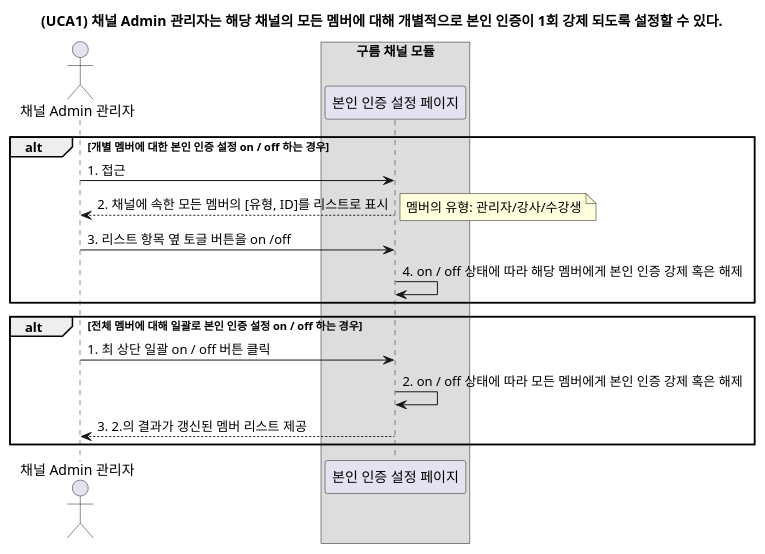
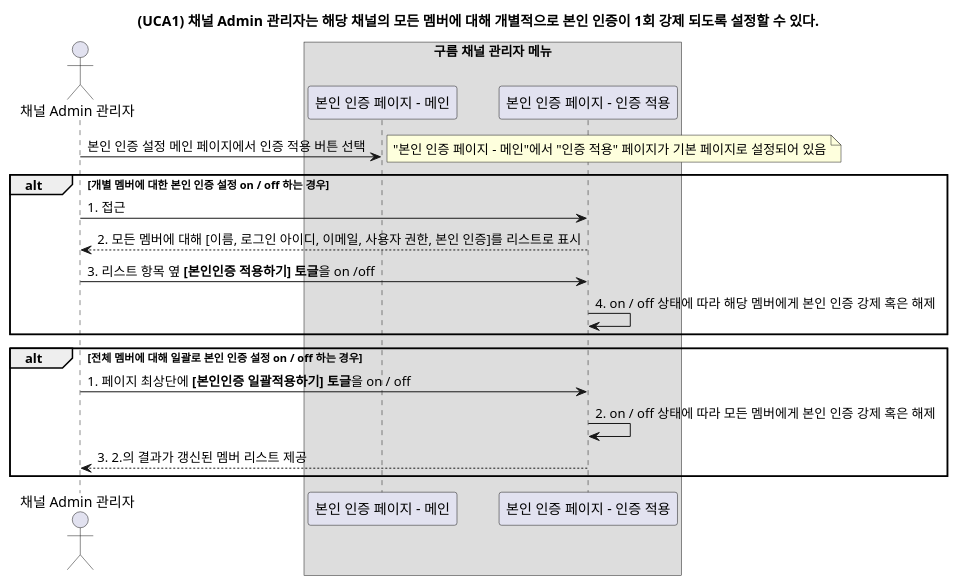
The diagram in 본인인증기획/시퀀스 다이어그램/UCA1.puml (YoonsooOh/tech-study), drawn with PlantUML before and after one commit.

```diff
--- a/본인인증기획/시퀀스 다이어그램/UCA1.puml
+++ b/본인인증기획/시퀀스 다이어그램/UCA1.puml
@@ -1,26 +1,30 @@
 @startuml
 
 title (UCA1) 채널 Admin 관리자는 해당 채널의 모든 멤버에 대해 개별적으로 본인 인증이 1회 강제 되도록 설정할 수 있다.
 
 actor "채널 Admin 관리자"
 
-box "구름 채널 모듈"
-participant "본인 인증 설정 페이지"
+box "구름 채널 관리자 메뉴"
+participant "본인 인증 페이지 - 메인"
+participant "본인 인증 페이지 - 인증 적용"
 endbox
 
+"채널 Admin 관리자" -> "본인 인증 페이지 - 메인" : 본인 인증 설정 메인 페이지에서 인증 적용 버튼 선택
+note right
+"본인 인증 페이지 - 메인"에서 "인증 적용" 페이지가 기본 페이지로 설정되어 있음
+end note
+
+
 alt 개별 멤버에 대한 본인 인증 설정 on / off 하는 경우
-"채널 Admin 관리자" -> "본인 인증 설정 페이지" : 1. 접근
-"본인 인증 설정 페이지" --> "채널 Admin 관리자" : 2. 채널에 속한 모든 멤버의 [유형, ID]를 리스트로 표시
-note right
-멤버의 유형: 관리자/강사/수강생
-end note
-"채널 Admin 관리자" -> "본인 인증 설정 페이지" : 3. 리스트 항목 옆 토글 버튼을 on /off
-"본인 인증 설정 페이지" -> "본인 인증 설정 페이지" : 4. on / off 상태에 따라 해당 멤버에게 본인 인증 강제 혹은 해제
+"채널 Admin 관리자" -> "본인 인증 페이지 - 인증 적용" : 1. 접근
+"본인 인증 페이지 - 인증 적용" --> "채널 Admin 관리자" : 2. 모든 멤버에 대해 [이름, 로그인 아이디, 이메일, 사용자 권한, 본인 인증]를 리스트로 표시
+"채널 Admin 관리자" -> "본인 인증 페이지 - 인증 적용" : 3. 리스트 항목 옆 **[본인인증 적용하기] 토글**을 on /off
+"본인 인증 페이지 - 인증 적용" -> "본인 인증 페이지 - 인증 적용" : 4. on / off 상태에 따라 해당 멤버에게 본인 인증 강제 혹은 해제
 end
 
 alt 전체 멤버에 대해 일괄로 본인 인증 설정 on / off 하는 경우
-"채널 Admin 관리자" -> "본인 인증 설정 페이지" : 1. 최 상단 일괄 on / off 버튼 클릭
-"본인 인증 설정 페이지" -> "본인 인증 설정 페이지" : 2. on / off 상태에 따라 모든 멤버에게 본인 인증 강제 혹은 해제
-"본인 인증 설정 페이지" --> "채널 Admin 관리자" : 3. 2.의 결과가 갱신된 멤버 리스트 제공
+"채널 Admin 관리자" -> "본인 인증 페이지 - 인증 적용" : 1. 페이지 최상단에 **[본인인증 일괄적용하기] 토글**을 on / off
+"본인 인증 페이지 - 인증 적용" -> "본인 인증 페이지 - 인증 적용" : 2. on / off 상태에 따라 모든 멤버에게 본인 인증 강제 혹은 해제
+"본인 인증 페이지 - 인증 적용" --> "채널 Admin 관리자" : 3. 2.의 결과가 갱신된 멤버 리스트 제공
 end
 @enduml
```
